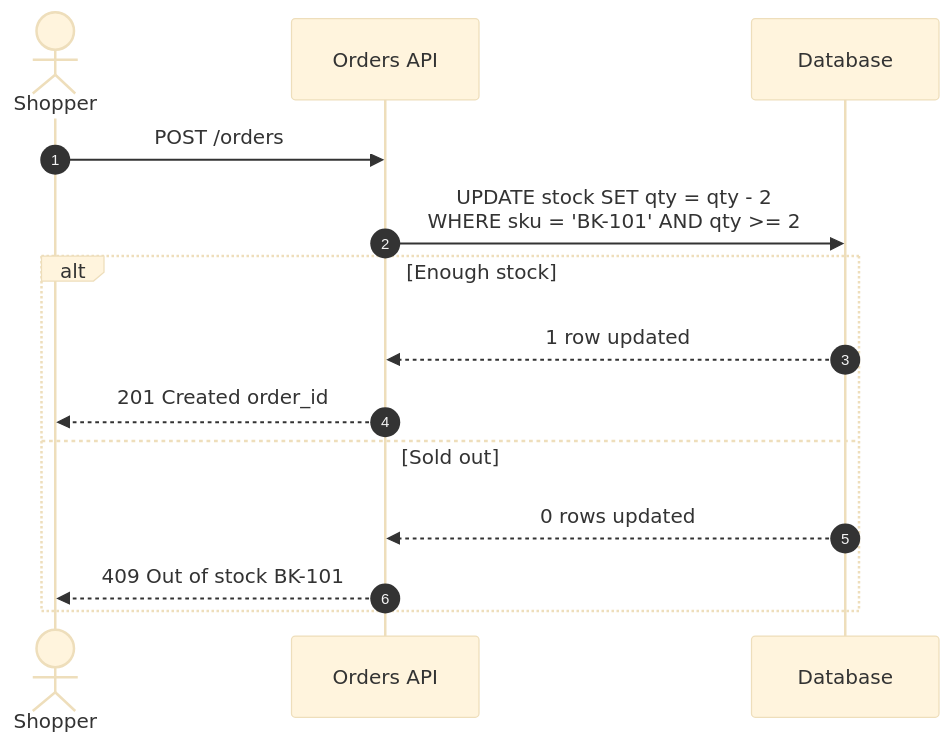
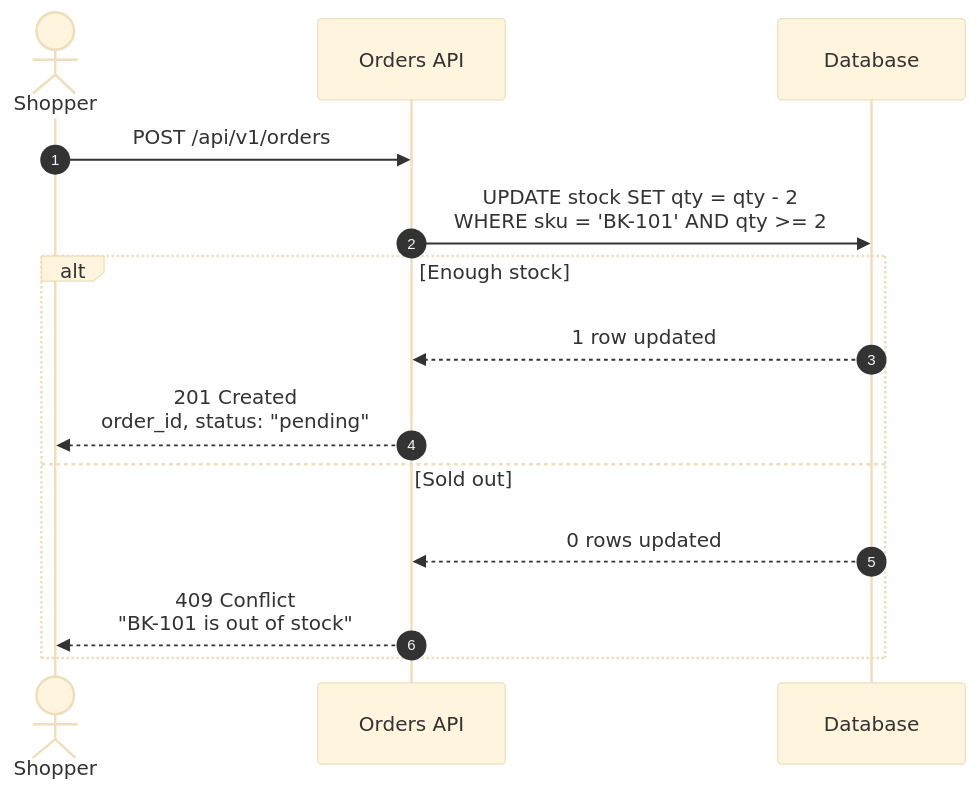
The diagram in skill/sequence-walkthrough/references/annotation-spec.md (rudra-tank-albetrios/sequence-walkthrough), drawn with Mermaid (base theme) before and after one commit. The commit also changed other lines of this file and 21 other files, not shown here.

````diff
--- a/skill/sequence-walkthrough/references/annotation-spec.md
+++ b/skill/sequence-walkthrough/references/annotation-spec.md
@@ -144,30 +219,47 @@
 ```mermaid
 sequenceDiagram
-    %% @spec walkthrough/1
+    %% @spec walkthrough/2
     %% @title Place an order
-    %% @layer U Shopper on the website.
-    %% @layer API Orders API. Validates the cart and owns the order record.
-    %% @layer DB Postgres. Orders and stock live in the same transaction.
+    %% @trigger The shopper clicks "Place order" on the cart page.
+    %% @term idempotent: safe to repeat; doing it twice has the same result as doing it once.
+    %% @layer U kind=person Shopper on the website.
+    %% @layer API kind=service Orders API. Validates the cart and owns the order record.
+    %% @layer DB kind=db Postgres. Orders and stock live in the same transaction.
     autonumber
     actor U as Shopper
     participant API as Orders API
     participant DB as Database
 
     %% @step The shopper confirms the cart. The client sends item ids only; prices are looked up on the server so they cannot be tampered with.
-    %% @payload { "items": [{ "sku": "BK-101", "qty": 2 }] }
-    U->>API: POST /orders
+    %% @payload.headers Authorization: Bearer eyJhbGciOi…
+    %% @payload.body { "items": [{ "sku": "BK-101", "qty": 2 }] }
+    %% @schema items array, 1–50 entries, each with sku (string) and qty (integer ≥ 1) → 422 "items must not be empty"
+    %% @ref src/routes/orders.ts:18
+    U->>API: POST /api/v1/orders
     %% @section Reserve stock
+    %% @summary The database decides who gets the last copy.
     %% @step Stock is decremented only where enough is left, so two shoppers can never buy the last copy twice.
+    %% @payload.sql UPDATE stock SET qty = qty - 2 WHERE sku = 'BK-101' AND qty >= 2
+    %% @state before stock.qty = 1 for BK-101
+    %% @state after stock.qty = 0, or unchanged when the condition failed
+    %% @uses util withTransaction src/db/tx.ts:9 Wraps the update and the insert in one transaction.
+    %% @ref src/services/orders.ts:41
     API->>DB: UPDATE stock SET qty = qty - 2<br/>WHERE sku = 'BK-101' AND qty >= 2
     alt Enough stock
         %% @step One row changed, so the stock is ours.
         DB-->>API: 1 row updated
-        %% @step The order is created and the shopper gets its id.
-        API-->>U: 201 Created order_id
+        %% @step The order is created and the shopper gets its id back with a 201.
+        %% @payload.body { "order_id": "ord_9f2", "status": "pending" }
+        %% @field order_id from the INSERT in the same transaction
+        %% @effect OrderPlaced event published for the email worker
+        %% @ref src/routes/orders.ts:33
+        API-->>U: 201 Created<br/>order_id, status: "pending"
     else Sold out
         %% @step Zero rows changed: someone else got there first.
         DB-->>API: 0 rows updated
-        %% @step The shopper is told which item ran out, and nothing was charged.
-        API-->>U: 409 Out of stock BK-101
+        %% @step The shopper is told which item ran out with a 409, and nothing was charged.
+        %% @payload.body { "error": "out_of_stock", "sku": "BK-101" }
+        %% @ref src/routes/orders.ts:38
+        API-->>U: 409 Conflict<br/>"BK-101 is out of stock"
     end
 ```
````
